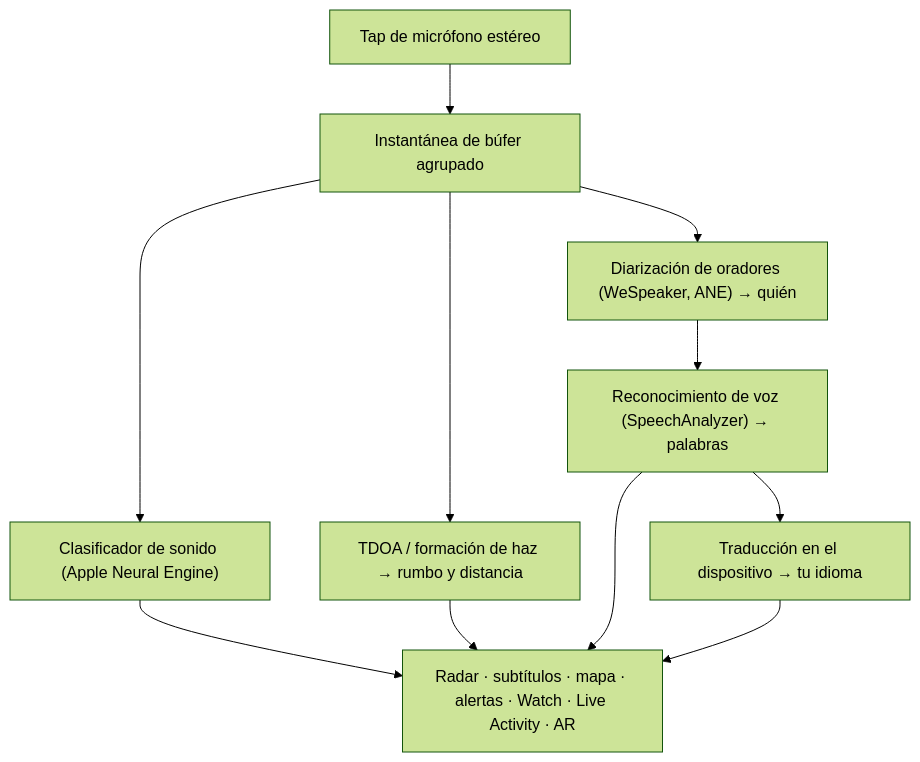
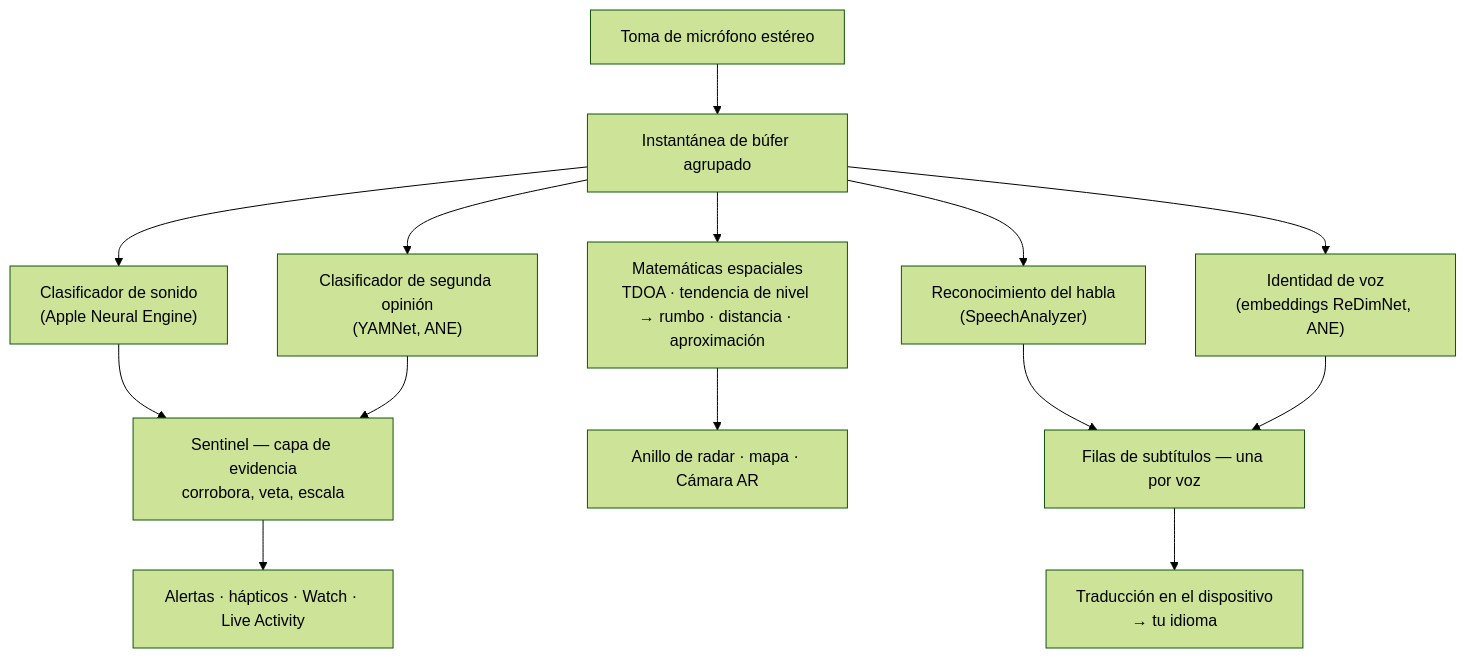
Before and after one commit to rpalm01-star/VigilantEarLegal: the second of 4 diagrams in README_es.md, drawn with Mermaid (forest theme). The commit also changed other lines of this file and 11 other files, not shown here.

````diff
--- a/README_es.md
+++ b/README_es.md
@@ -113,10 +124,16 @@
 ```mermaid
 graph TD
-    A["Tap de micrófono estéreo"] --> B["Instantánea de búfer agrupado"]
-    B --> C["Clasificador de sonido (Apple Neural Engine)"]
-    B --> D["TDOA / formación de haz → rumbo y distancia"]
-    B --> E["Diarización de oradores (WeSpeaker, ANE) → quién"]
-    E --> F["Reconocimiento de voz (SpeechAnalyzer) → palabras"]
-    F --> G["Traducción en el dispositivo → tu idioma"]
-    C & D & F & G --> H["Radar · subtítulos · mapa · alertas · Watch · Live Activity · AR"]
+    A["Toma de micrófono estéreo"] --> B["Instantánea de búfer agrupado"]
+    B --> C["Clasificador de sonido<br/>(Apple Neural Engine)"]
+    B --> Y["Clasificador de segunda opinión<br/>(YAMNet, ANE)"]
+    C --> S["Sentinel — capa de evidencia<br/>corrobora, veta, escala"]
+    Y --> S
+    S --> H["Alertas · hápticos · Watch · Live Activity"]
+    B --> D["Matemáticas espaciales<br/>TDOA · tendencia de nivel → rumbo · distancia · aproximación"]
+    D --> R["Anillo de radar · mapa · Cámara AR"]
+    B --> F["Reconocimiento del habla<br/>(SpeechAnalyzer)"]
+    B --> E["Identidad de voz<br/>(embeddings ReDimNet, ANE)"]
+    F --> G["Filas de subtítulos — una por voz"]
+    E --> G
+    G --> T["Traducción en el dispositivo<br/>→ tu idioma"]
 ```
````
